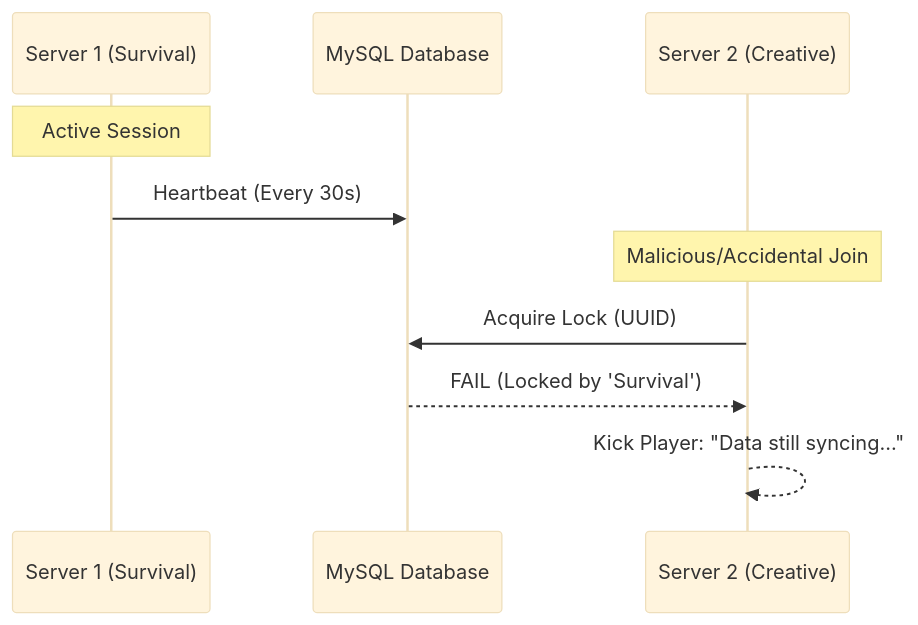
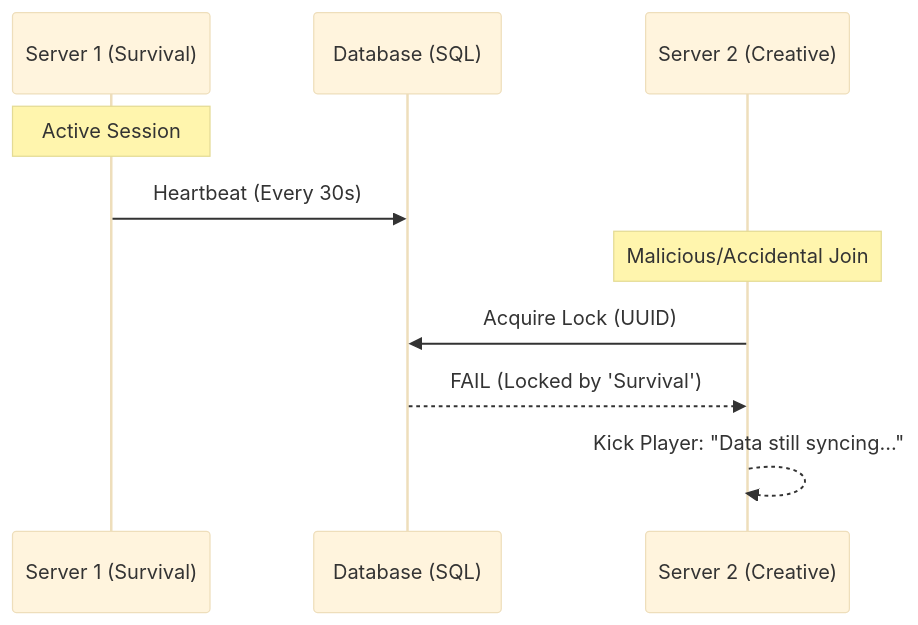
The second of 3 diagrams in README.md (westkevin12/mc-data-bridge), drawn with Mermaid (base theme) before and after one commit. The commit also changed other lines of this file and 51 other files, not shown here.

````diff
--- a/README.md
+++ b/README.md
@@ -105,14 +114,14 @@
 ```mermaid
 sequenceDiagram
     participant S1 as Server 1 (Survival)
-    participant DB as MySQL Database
+    participant DB as Database (SQL)
     participant S2 as Server 2 (Creative)
 
     Note over S1: Active Session
     S1->>DB: Heartbeat (Every 30s)
 
     Note over S2: Malicious/Accidental Join
     S2->>DB: Acquire Lock (UUID)
     DB-->>S2: FAIL (Locked by 'Survival')
     S2-->>S2: Kick Player: "Data still syncing..."
 ```
````
